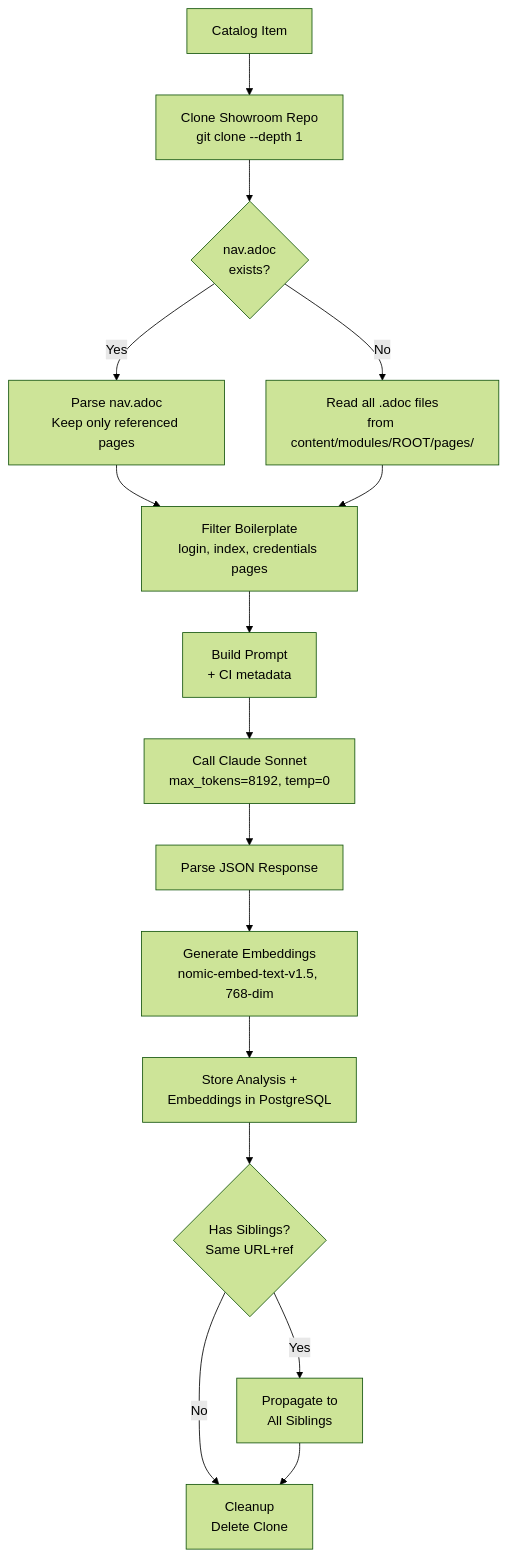
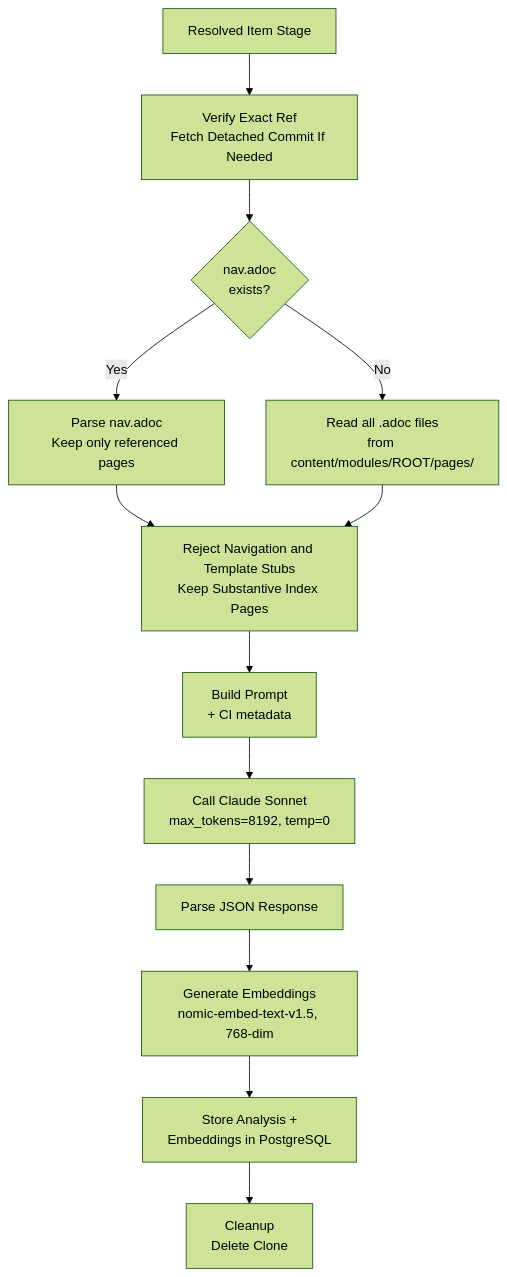
Before and after one commit to rhpds/rcars: the diagram in docs/architecture/scan-pipeline.md, drawn with Mermaid (forest theme). The commit also changed other lines of this file and 43 other files, not shown here.

First line of the commit message:
[RHDPCD-74] Isolate Showroom analysis and exclude test catalog content (#177)

````diff
--- a/docs/architecture/scan-pipeline.md
+++ b/docs/architecture/scan-pipeline.md
@@ -12,18 +12,15 @@
 ```mermaid
 flowchart TD
-    Start[Catalog Item] --> Clone[Clone Showroom Repo<br/>git clone --depth 1]
+    Start[Resolved Item Stage] --> Clone[Verify Exact Ref<br/>Fetch Detached Commit If Needed]
     Clone --> Nav{nav.adoc<br/>exists?}
     Nav -->|Yes| NavFilter[Parse nav.adoc<br/>Keep only referenced pages]
     Nav -->|No| ReadAll[Read all .adoc files<br/>from content/modules/ROOT/pages/]
-    NavFilter --> Filter[Filter Boilerplate<br/>login, index, credentials pages]
+    NavFilter --> Filter[Reject Navigation and Template Stubs<br/>Keep Substantive Index Pages]
     ReadAll --> Filter
     Filter --> Prompt[Build Prompt<br/>+ CI metadata]
     Prompt --> LLM[Call Claude Sonnet<br/>max_tokens=8192, temp=0]
     LLM --> Parse[Parse JSON Response]
     Parse --> Embed[Generate Embeddings<br/>nomic-embed-text-v1.5, 768-dim]
     Embed --> Store[Store Analysis +<br/>Embeddings in PostgreSQL]
-    Store --> Siblings{Has Siblings?<br/>Same URL+ref}
-    Siblings -->|Yes| Propagate[Propagate to<br/>All Siblings]
-    Siblings -->|No| Cleanup[Cleanup<br/>Delete Clone]
-    Propagate --> Cleanup
+    Store --> Cleanup[Cleanup<br/>Delete Clone]
 ```
````
